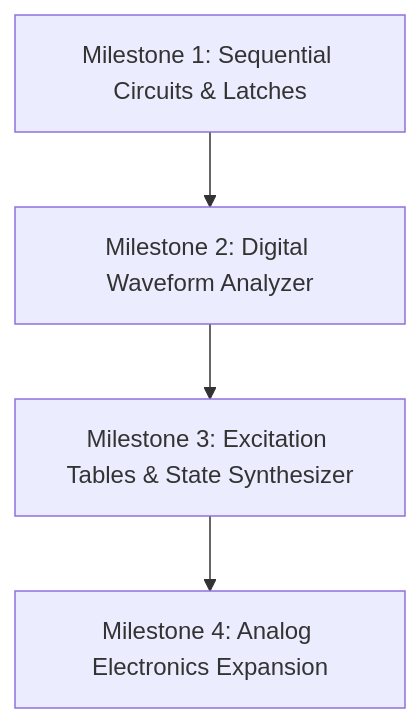
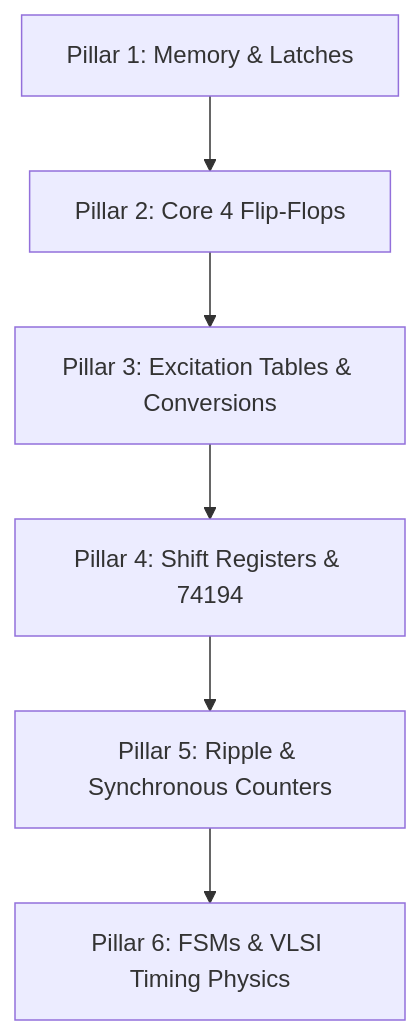
One commit to void-sg/ade-made-easy changed the second of 2 diagrams in PROJECT_HISTORY.md. Above: the diagram before and after it, drawn with Mermaid. The commit also changed other lines of this file and 27 other files, not shown here.

````diff
--- a/PROJECT_HISTORY.md
+++ b/PROJECT_HISTORY.md
@@ -93,11 +93,8 @@
 ```mermaid
 flowchart TD
-    M1["Milestone 1: Sequential Circuits & Latches"]
-    M2["Milestone 2: Digital Waveform Analyzer"]
-    M3["Milestone 3: Excitation Tables & State Synthesizer"]
-    M4["Milestone 4: Analog Electronics Expansion"]
-
-    M1 --> M2
-    M2 --> M3
-    M3 --> M4
+    P1["Pillar 1: Memory & Latches"] --> P2["Pillar 2: Core 4 Flip-Flops"]
+    P2 --> P3["Pillar 3: Excitation Tables & Conversions"]
+    P3 --> P4["Pillar 4: Shift Registers & 74194"]
+    P4 --> P5["Pillar 5: Ripple & Synchronous Counters"]
+    P5 --> P6["Pillar 6: FSMs & VLSI Timing Physics"]
 ```
````
